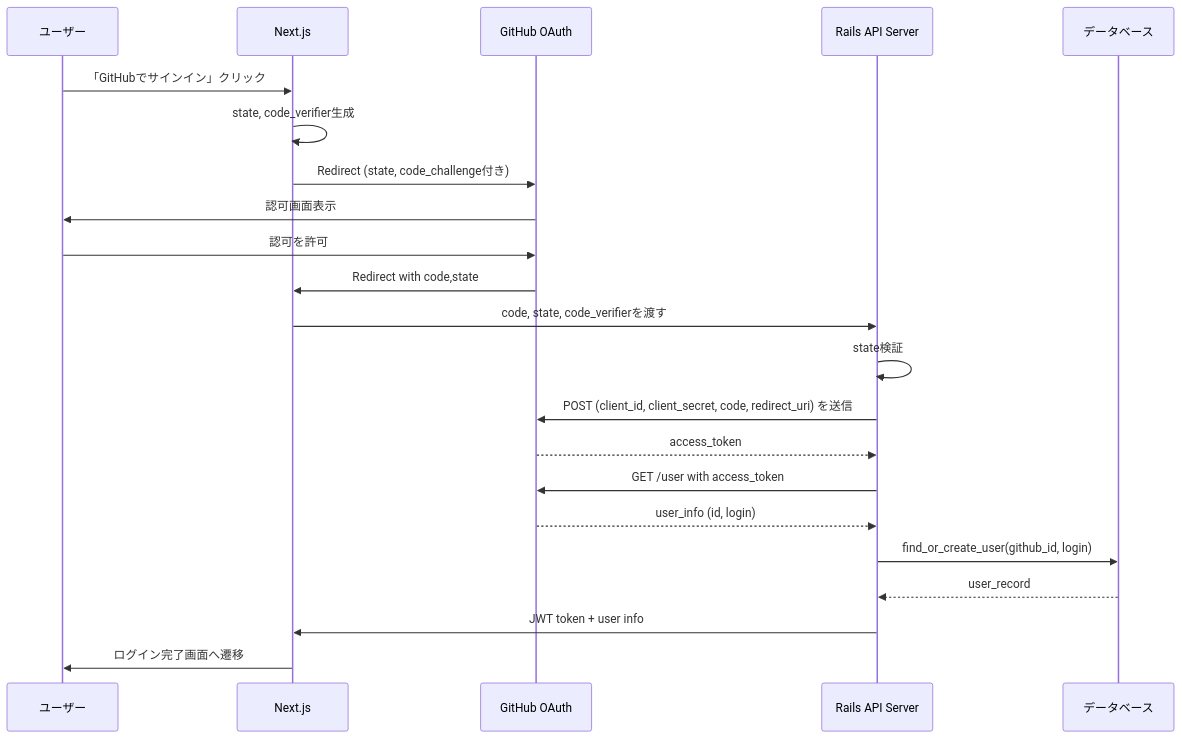
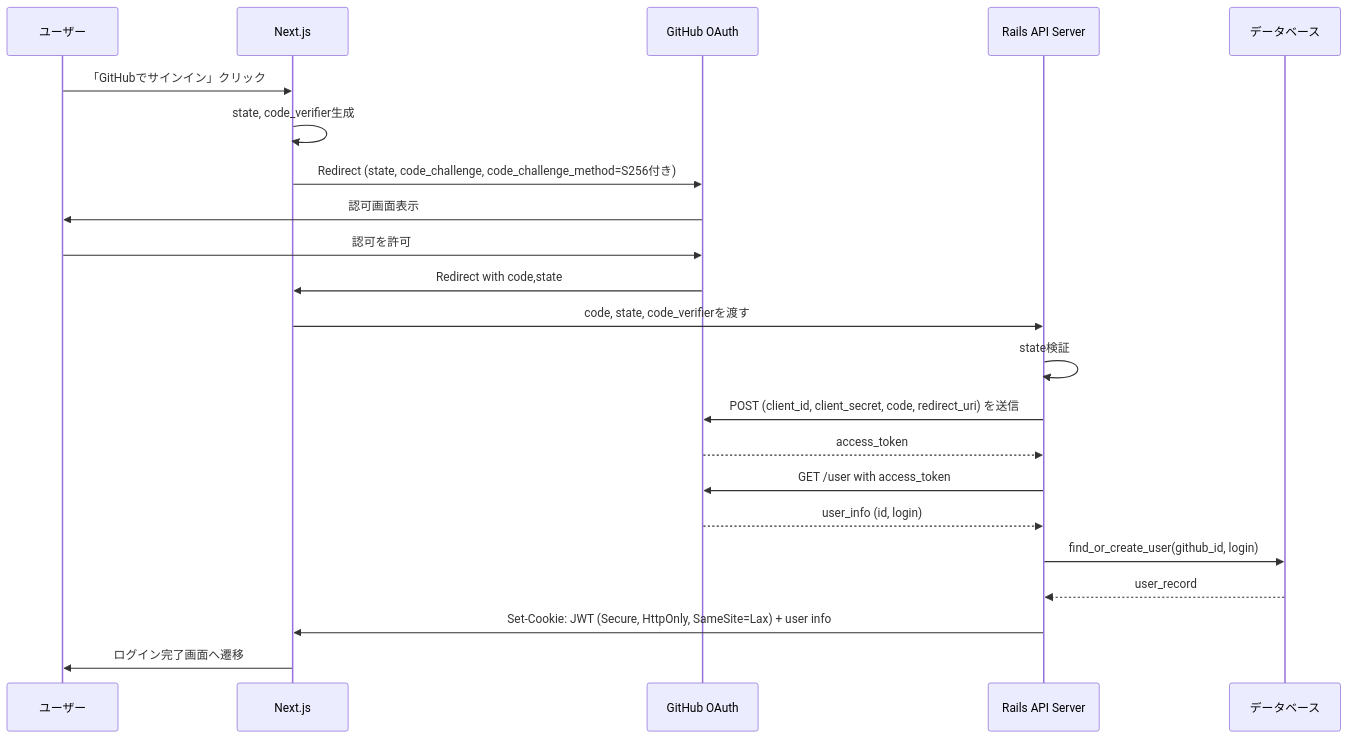
Before and after one commit to tsukuneA1/git-feed: the diagram in signin-sequence.md, drawn with Mermaid.

Commit message:
fix:JWT追加,SHA-256記述

````diff
--- a/signin-sequence.md
+++ b/signin-sequence.md
@@ -1,25 +1,25 @@
 ```mermaid
 sequenceDiagram
     participant User as ユーザー
     participant Frontend as Next.js
     participant GitHub as GitHub OAuth
     participant API as Rails API Server
     participant DB as データベース
 
     User ->> Frontend: 「GitHubでサインイン」クリック
     Frontend ->> Frontend: state, code_verifier生成
-    Frontend ->> GitHub: Redirect (state, code_challenge付き)
+    Frontend ->> GitHub: Redirect (state, code_challenge, code_challenge_method=S256付き)
     GitHub ->> User: 認可画面表示
     User ->> GitHub: 認可を許可
     GitHub ->> Frontend: Redirect with code,state
     Frontend ->> API: code, state, code_verifierを渡す
     API ->> API: state検証
     API ->> GitHub: POST (client_id, client_secret, code, redirect_uri) を送信
     GitHub -->> API: access_token
     API ->> GitHub: GET /user with access_token
-    GitHub -->> API: user_info (id, login) 
+    GitHub -->> API: user_info (id, login)
     API ->> DB: find_or_create_user(github_id, login)
     DB -->> API: user_record
-    API ->> Frontend: JWT token + user info
+     API ->> Frontend: Set-Cookie: JWT (Secure, HttpOnly, SameSite=Lax) + user info
     Frontend ->> User: ログイン完了画面へ遷移
 ```
````
